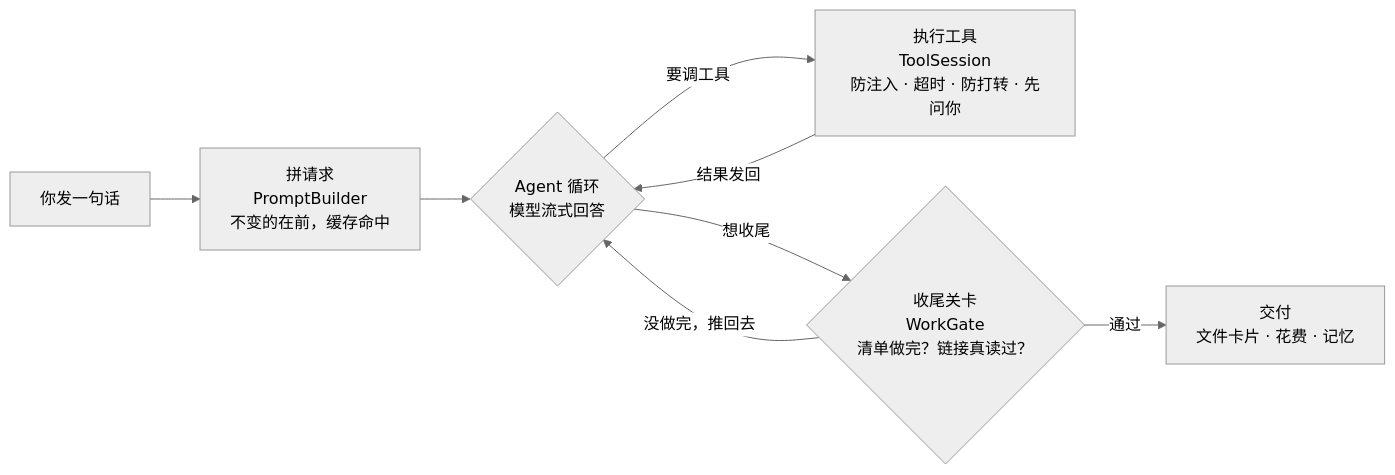
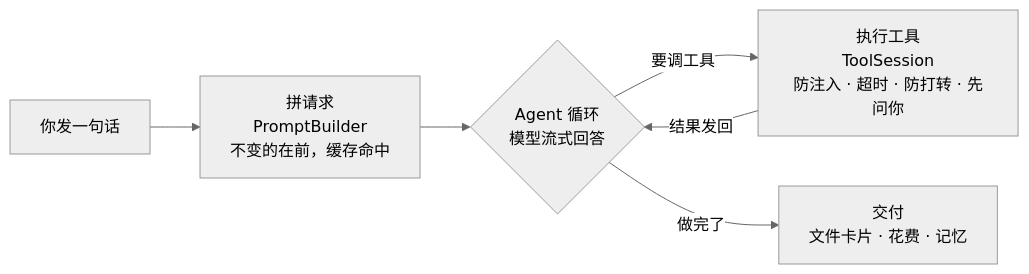
One commit to Augdgasjkh354-lang/jack-ai changed the first of 3 diagrams in README.md. Above: the diagram before and after it, drawn with Mermaid (neutral theme). The commit also changed other lines of this file and 17 other files, not shown here.

````diff
--- a/README.md
+++ b/README.md
@@ -16,10 +16,8 @@
 ```mermaid
 flowchart LR
     U["你发一句话"] --> P["拼请求<br/>PromptBuilder<br/>不变的在前，缓存命中"]
     P --> A{"Agent 循环<br/>模型流式回答"}
     A -- 要调工具 --> T["执行工具<br/>ToolSession<br/>防注入 · 超时 · 防打转 · 先问你"]
     T -- 结果发回 --> A
-    A -- 想收尾 --> G{"收尾关卡<br/>WorkGate<br/>清单做完？链接真读过？"}
-    G -- 没做完，推回去 --> A
-    G -- 通过 --> D["交付<br/>文件卡片 · 花费 · 记忆"]
+    A -- 做完了 --> D["交付<br/>文件卡片 · 花费 · 记忆"]
 ```
````
